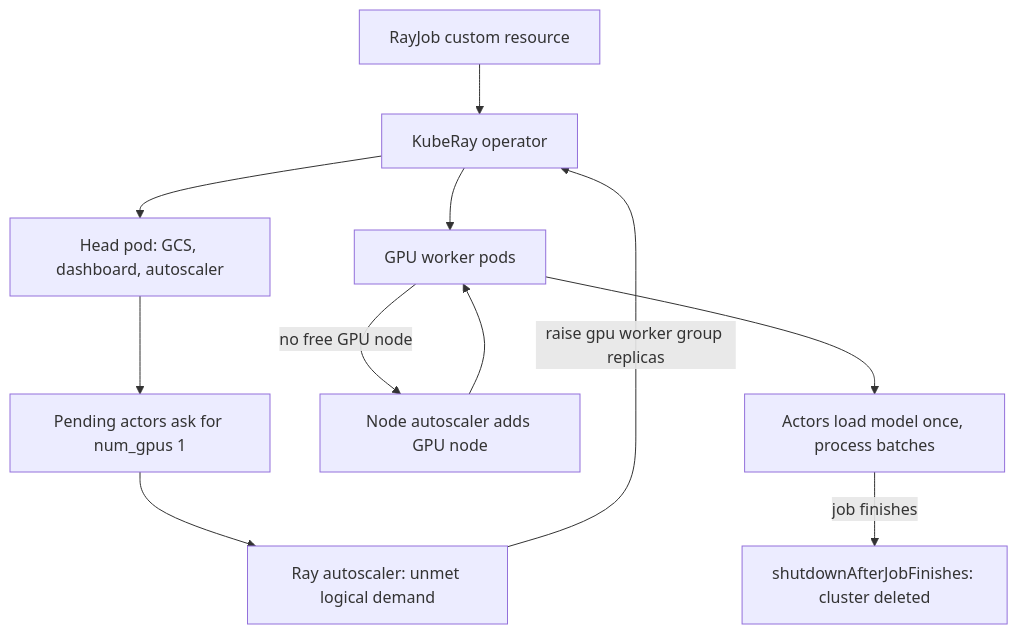
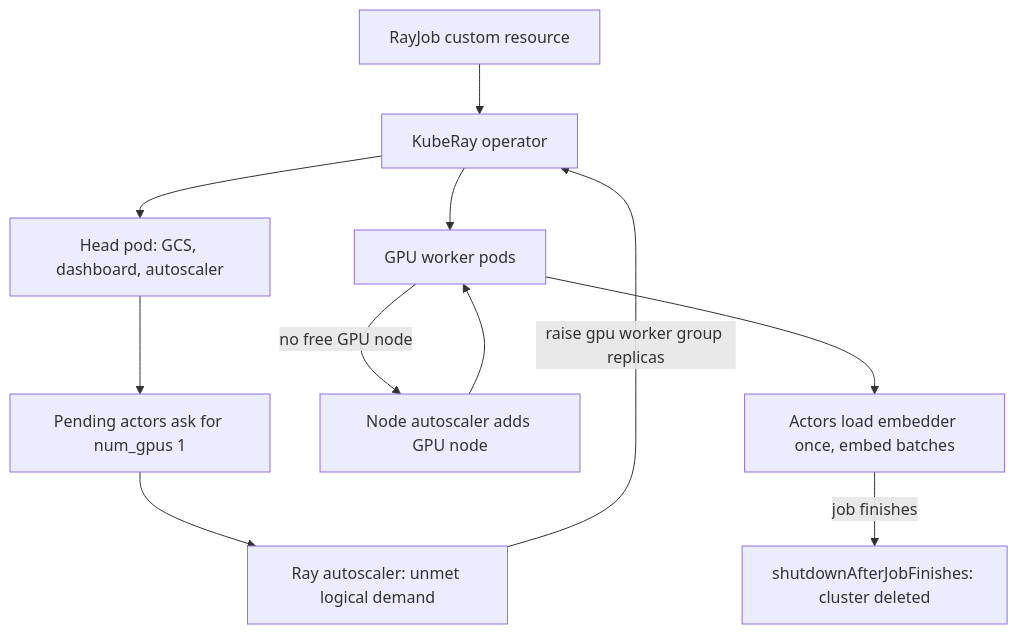
Before and after one commit to lovishmahajan97/agentic-learning: the diagram in content/infra-capacity-economics/ray-kuberay.md, drawn with Mermaid. The commit also changed other lines of this file and 485 other files, not shown here.

````diff
--- a/content/infra-capacity-economics/ray-kuberay.md
+++ b/content/infra-capacity-economics/ray-kuberay.md
@@ -131,13 +153,13 @@
 ```mermaid
 flowchart TD
     J["RayJob custom resource"] --> O["KubeRay operator"]
     O --> H["Head pod: GCS, dashboard, autoscaler"]
     H --> Q["Pending actors ask for num_gpus 1"]
     Q --> A["Ray autoscaler: unmet logical demand"]
     A -->|"raise gpu worker group replicas"| O
     O --> W["GPU worker pods"]
     W -->|"no free GPU node"| N["Node autoscaler adds GPU node"]
     N --> W
-    W --> R["Actors load model once, process batches"]
+    W --> R["Actors load embedder once, embed batches"]
     R -->|"job finishes"| T["shutdownAfterJobFinishes: cluster deleted"]
 ```
````
